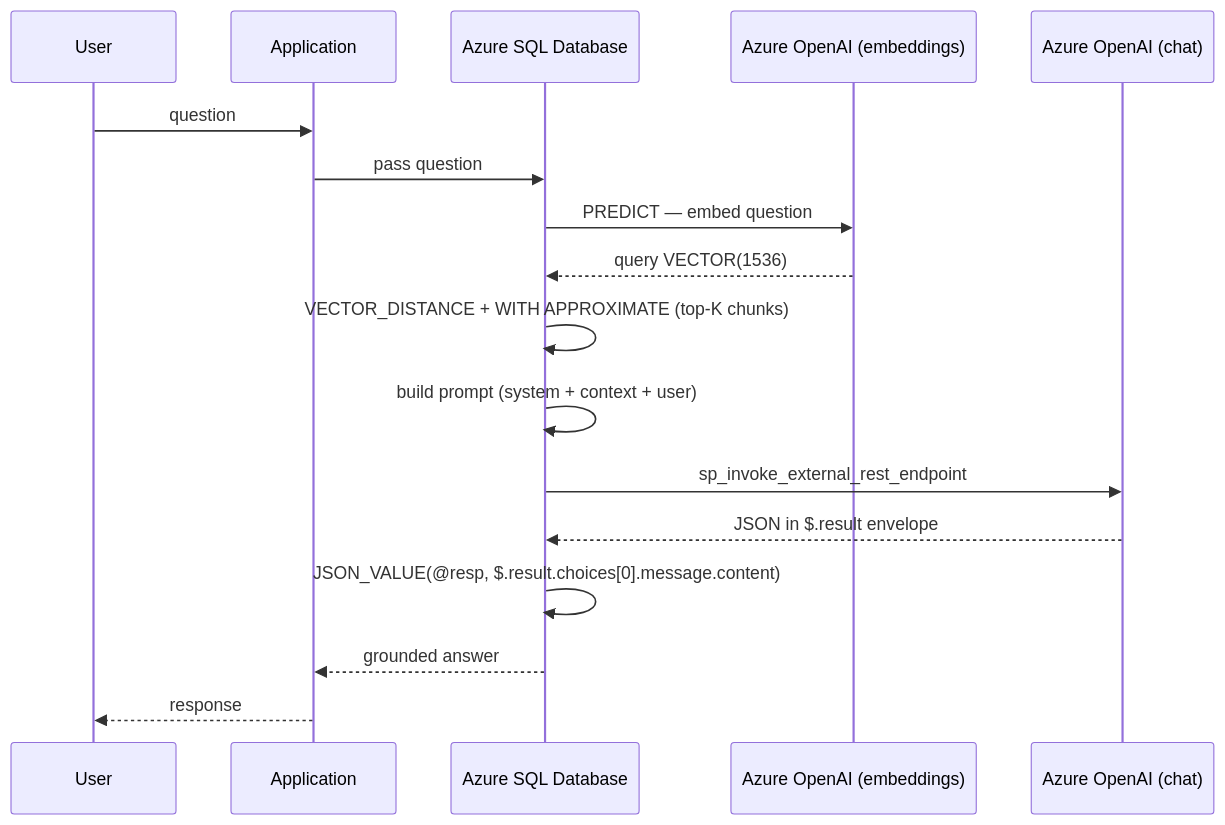
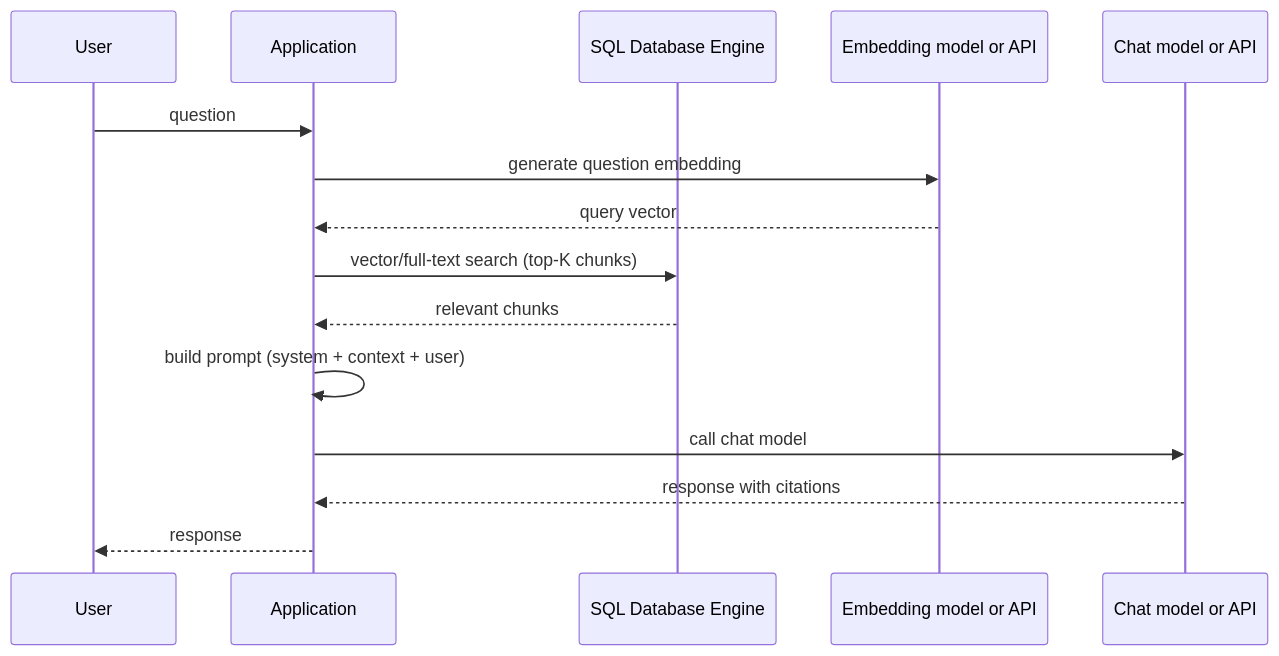
Before and after one commit to jucelinoss/dp-800-study-guide: the first of 2 diagrams in certification/11-rag/01-rag-use-cases.md, drawn with Mermaid. The commit also changed other lines of this file and 7 other files, not shown here.

````diff
--- a/certification/11-rag/01-rag-use-cases.md
+++ b/certification/11-rag/01-rag-use-cases.md
@@ -34,20 +42,18 @@
 ```mermaid
 sequenceDiagram
     participant U as User
     participant App as Application
-    participant DB as Azure SQL Database
-    participant E as Azure OpenAI (embeddings)
-    participant L as Azure OpenAI (chat)
+    participant DB as SQL Database Engine
+    participant E as Embedding model or API
+    participant L as Chat model or API
 
     U->>App: question
-    App->>DB: pass question
-    DB->>E: PREDICT — embed question
-    E-->>DB: query VECTOR(1536)
-    DB->>DB: VECTOR_DISTANCE + WITH APPROXIMATE (top-K chunks)
-    DB->>DB: build prompt (system + context + user)
-    DB->>L: sp_invoke_external_rest_endpoint
-    L-->>DB: JSON in $.result envelope
-    DB->>DB: JSON_VALUE(@resp, $.result.choices[0].message.content)
-    DB-->>App: grounded answer
+    App->>E: generate question embedding
+    E-->>App: query vector
+    App->>DB: vector/full-text search (top-K chunks)
+    DB-->>App: relevant chunks
+    App->>App: build prompt (system + context + user)
+    App->>L: call chat model
+    L-->>App: response with citations
     App-->>U: response
 ```
````
